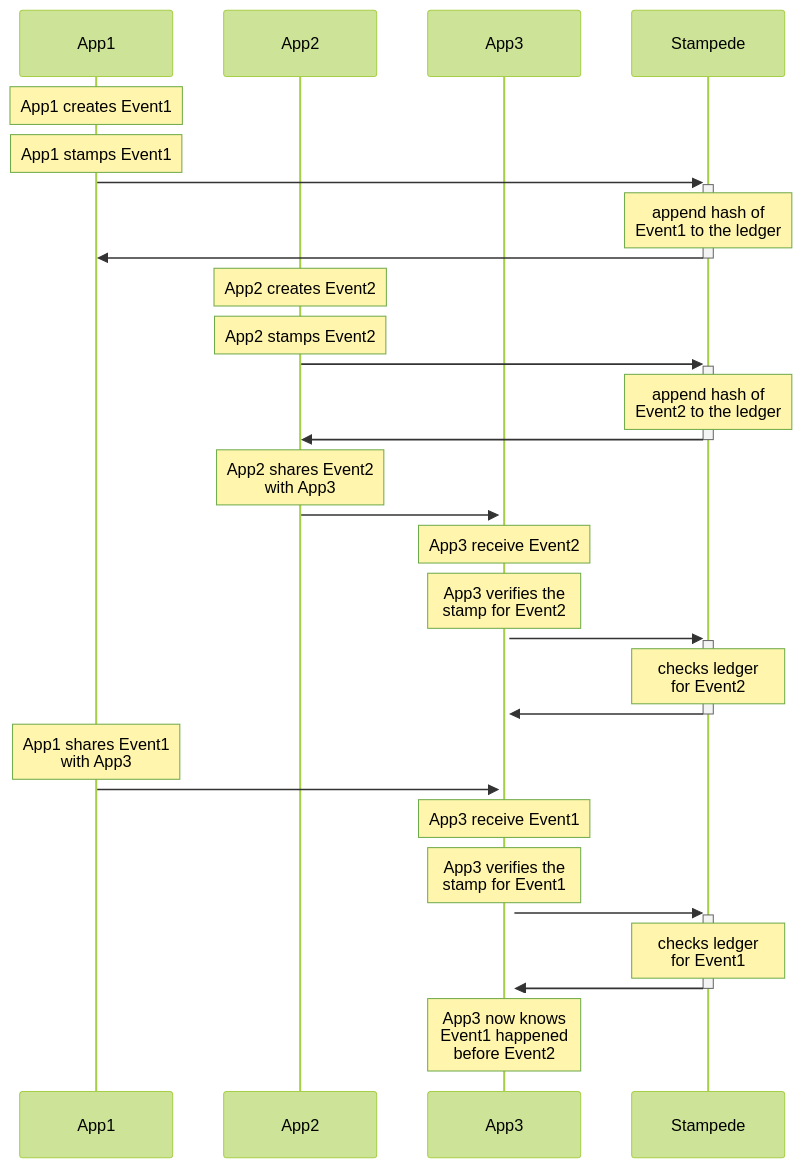
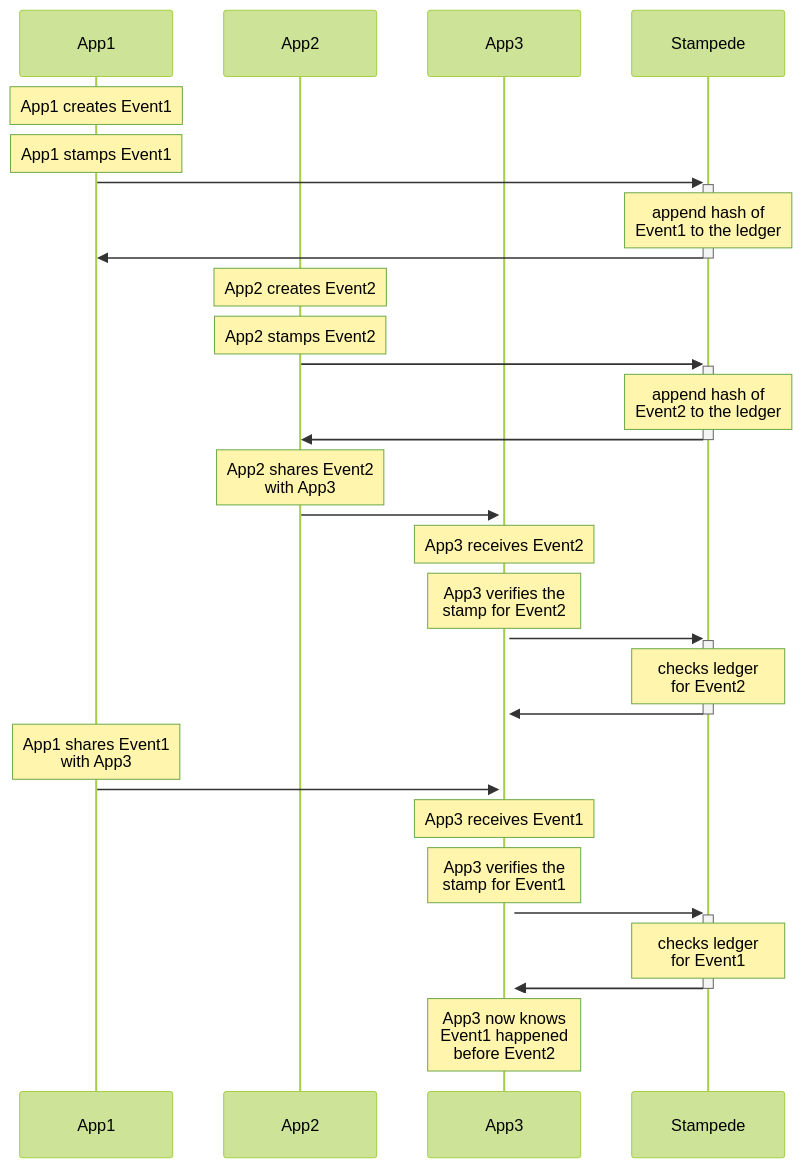
One commit to jlinclabs/stampede changed the diagram in SPEC.md. Above: the diagram before and after it, drawn with Mermaid (forest theme).

````diff
--- a/SPEC.md
+++ b/SPEC.md
@@ -155,32 +155,32 @@
 ```mermaid
 sequenceDiagram
   participant App1
   participant App2
   participant App3
   participant Stampede
   Note over App1:nowrap: App1 creates Event1
   Note over App1:nowrap: App1 stamps Event1
   App1->>+Stampede: 
   Note over Stampede:nowrap: append hash of <br/>Event1 to the ledger
   Stampede->>-App1: 
   Note over App2:nowrap: App2 creates Event2
   Note over App2:nowrap: App2 stamps Event2
   App2->>+Stampede: 
   Note over Stampede:nowrap: append hash of <br/>Event2 to the ledger
   Stampede->>-App2: 
   Note over App2:nowrap: App2 shares Event2 <br/>with App3
   App2->>+App3: 
-  Note over App3:nowrap: App3 receive Event2
+  Note over App3:nowrap: App3 receives Event2
   Note over App3:nowrap: App3 verifies the <br/>stamp for Event2
   App3->>+Stampede: 
   Note over Stampede:nowrap: checks ledger <br/>for Event2
   Stampede->>-App3: 
   Note over App1:nowrap: App1 shares Event1 <br/>with App3
   App1->>+App3: 
-  Note over App3:nowrap: App3 receive Event1
+  Note over App3:nowrap: App3 receives Event1
   Note over App3:nowrap: App3 verifies the <br/>stamp for Event1
   App3->>+Stampede: 
   Note over Stampede:nowrap: checks ledger <br/>for Event1
   Stampede->>-App3: 
   Note over App3:nowrap: App3 now knows <br/>Event1 happened <br/>before Event2
 ```
````
